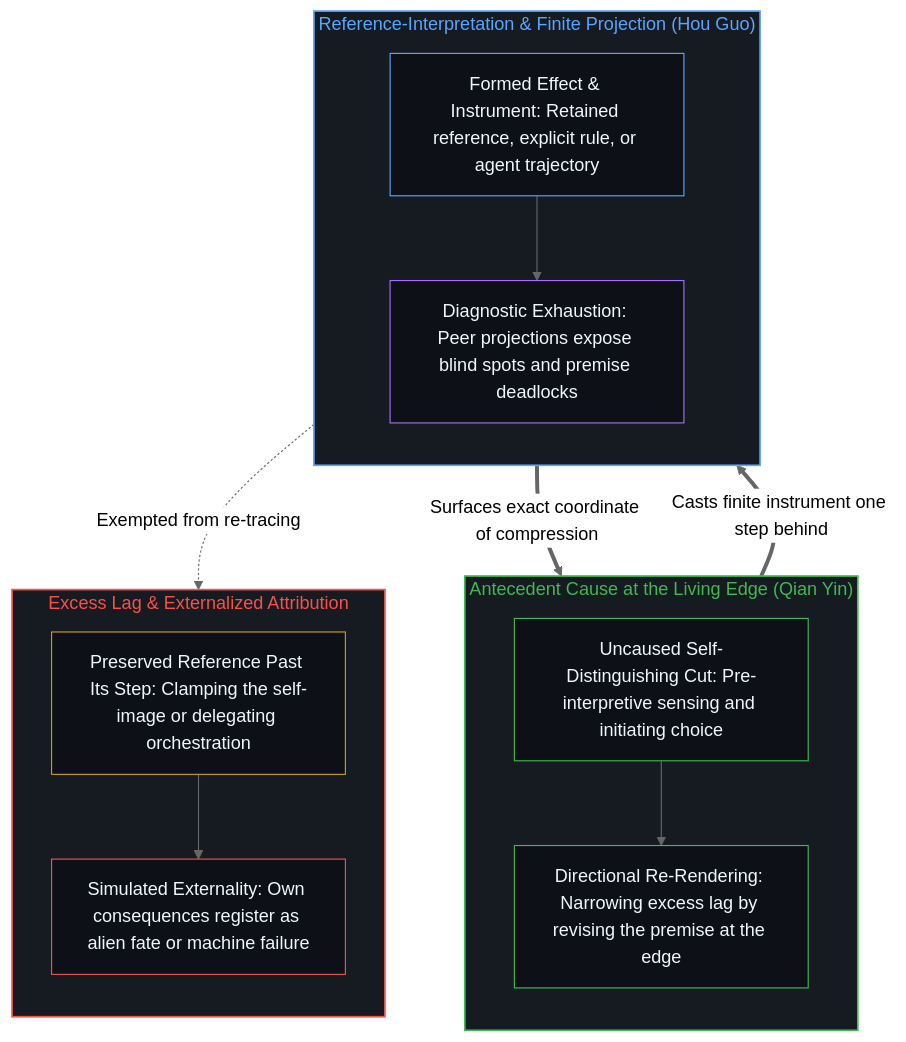
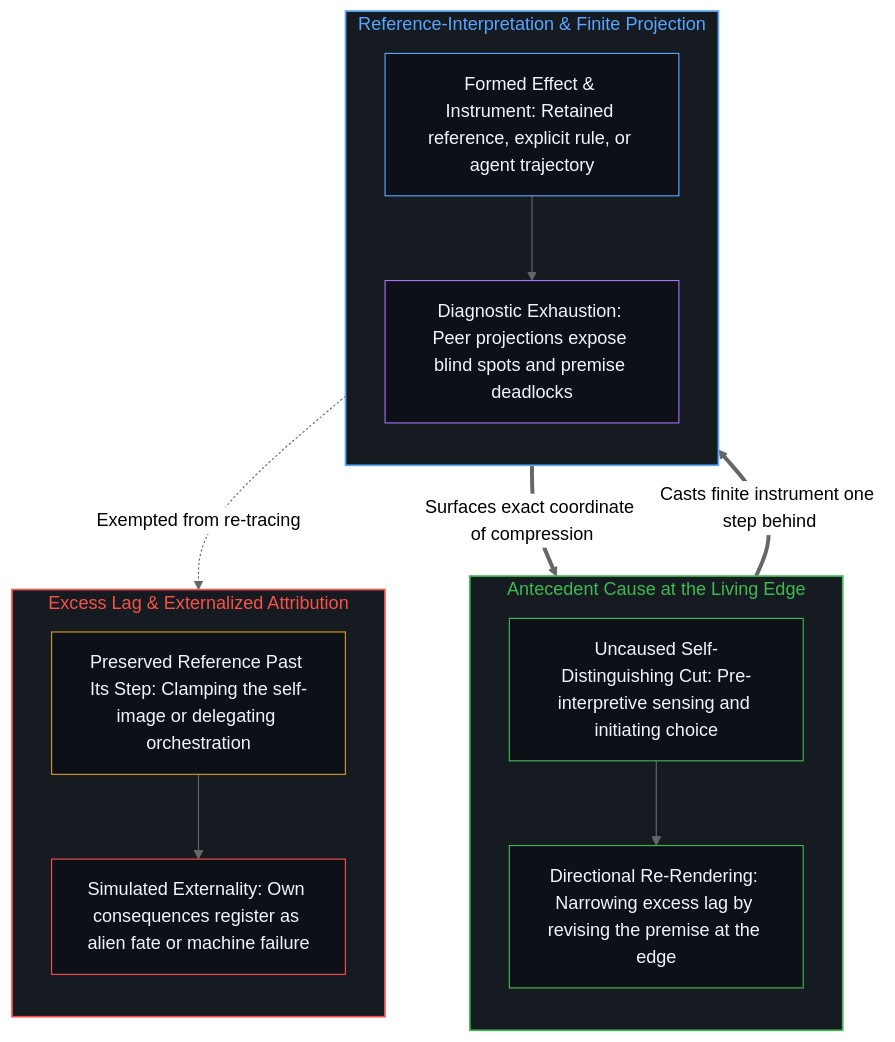
Before and after one commit to powerpig99/not-a-toe: the second of 2 diagrams in content/posts/qian-yin-hou-guo.md, drawn with Mermaid (neutral theme). The commit also changed other lines of this file and 1 other file, not shown here.

First line of the commit message:
Sleep L2 (the-reversal-of-verification): qian-yin-hou-guo

````diff
--- a/content/posts/qian-yin-hou-guo.md
+++ b/content/posts/qian-yin-hou-guo.md
@@ -81,37 +77,33 @@
 ```mermaid
 flowchart TD
-    subgraph S_Edge["Antecedent Cause at the Living Edge (Qian Yin)"]
+    subgraph S_Edge["Antecedent Cause at the Living Edge"]
         direction TB
         Act["Uncaused Self-Distinguishing Cut: Pre-interpretive sensing and initiating choice"]
         ReRender["Directional Re-Rendering: Narrowing excess lag by revising the premise at the edge"]
         Act --> ReRender
     end
-
-    subgraph S_Inst["Reference-Interpretation & Finite Projection (Hou Guo)"]
+    subgraph S_Inst["Reference-Interpretation & Finite Projection"]
         direction TB
         Proj["Formed Effect & Instrument: Retained reference, explicit rule, or agent trajectory"]
         Peer["Diagnostic Exhaustion: Peer projections expose blind spots and premise deadlocks"]
         Proj --> Peer
     end
-
     subgraph S_Lag["Excess Lag & Externalized Attribution"]
         direction TB
         Freeze["Preserved Reference Past Its Step: Clamping the self-image or delegating orchestration"]
         Alien["Simulated Externality: Own consequences register as alien fate or machine failure"]
         Freeze --> Alien
     end
-
     ReRender ==>|"Casts finite instrument one step behind"| Proj
     Peer ==>|"Surfaces exact coordinate of compression"| ReRender
     Proj -.->|"Exempted from re-tracing"| Freeze
-
     style S_Edge fill:#161b22,stroke:#3fb950,stroke-width:1.5px,color:#3fb950
     style S_Inst fill:#161b22,stroke:#58a6ff,stroke-width:1.5px,color:#58a6ff
     style S_Lag fill:#161b22,stroke:#f85149,stroke-width:1.5px,color:#f85149
     style Act fill:#0d1117,stroke:#3fb950,stroke-width:1px,color:#f0f6fc
     style ReRender fill:#0d1117,stroke:#3fb950,stroke-width:1px,color:#f0f6fc
     style Proj fill:#0d1117,stroke:#58a6ff,stroke-width:1px,color:#f0f6fc
     style Peer fill:#0d1117,stroke:#a371f7,stroke-width:1px,color:#f0f6fc
     style Freeze fill:#0d1117,stroke:#d29922,stroke-width:1px,color:#f0f6fc
     style Alien fill:#0d1117,stroke:#f85149,stroke-width:1px,color:#f0f6fc
 ```
````
